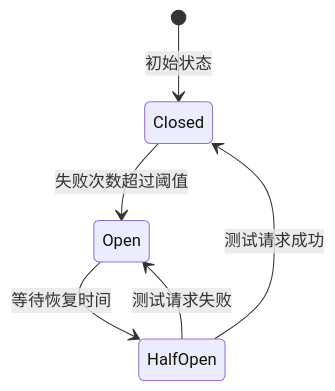
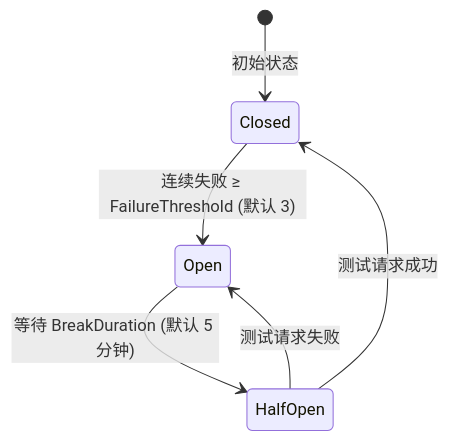
Before and after one commit to chenqilscy/multi-agent-task: the second of 3 diagrams in docs/specs/14-error-handling-guide.md, drawn with Mermaid. The commit also changed other lines of this file and 3 other files, not shown here.

````diff
--- a/docs/specs/14-error-handling-guide.md
+++ b/docs/specs/14-error-handling-guide.md
@@ -370,8 +392,8 @@
 ```mermaid
 stateDiagram-v2
     [*] --> Closed : 初始状态
-    Closed --> Open : 失败次数超过阈值
-    Open --> HalfOpen : 等待恢复时间
+    Closed --> Open : 连续失败 ≥ FailureThreshold (默认 3)
+    Open --> HalfOpen : 等待 BreakDuration (默认 5 分钟)
     HalfOpen --> Closed : 测试请求成功
     HalfOpen --> Open : 测试请求失败
 ```
````
